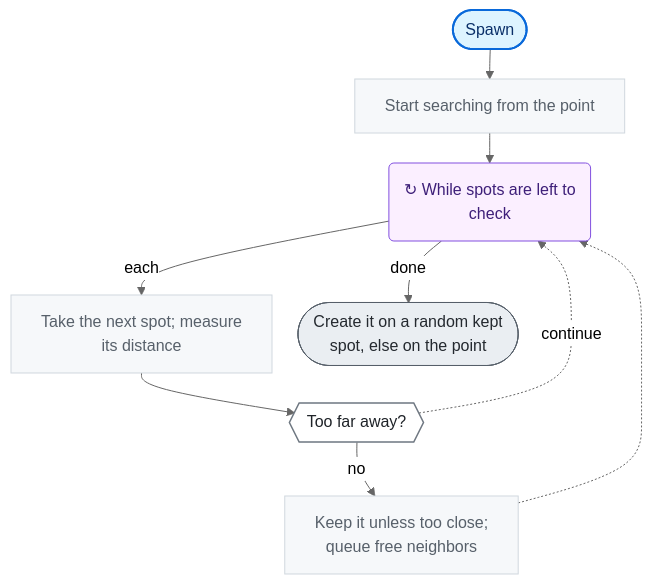
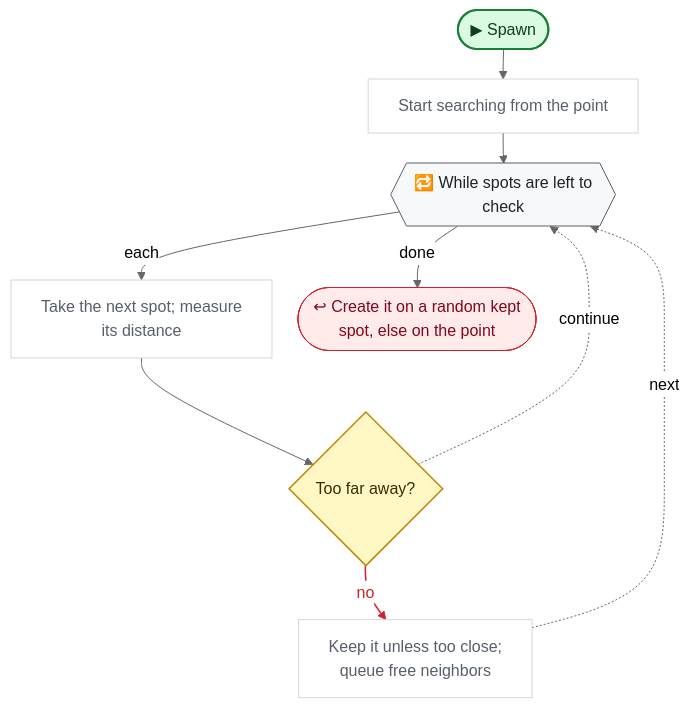
Before and after one commit to nataiai/Lord-of-the-Dungeon: the second of 2 diagrams in CodeGraph~/graph/Spawner.cs.md, drawn with Mermaid (neutral theme). The commit also changed other lines of this file and 44 other files, not shown here.

````diff
--- a/CodeGraph~/graph/Spawner.cs.md
+++ b/CodeGraph~/graph/Spawner.cs.md
@@ -48,40 +48,45 @@
 ```mermaid
 ---
 config:
   flowchart:
     wrappingWidth: 260
     nodeSpacing: 26
     rankSpacing: 30
 ---
 flowchart TD
-  nS(["Spawn"])
+  nS(["▶ Spawn"])
   ne5ad4d["Start searching from the point"]
-  n24c09b("  ↻ While spots are left to<br>check  ")
+  n24c09b{{"🔁 While spots are left to<br>check"}}
   n166dd3["Take the next spot; measure<br>its distance"]
-  n69528d{{"Too far away?"}}
+  n69528d{"Too far away?"}
   n95aac3["Keep it unless too close;<br>queue free neighbors"]
-  nfa94f7(["Create it on a random kept<br>spot, else on the point"])
+  nfa94f7(["↩ Create it on a random kept<br>spot, else on the point"])
   nS --> ne5ad4d
   ne5ad4d --> n24c09b
   n24c09b -->|each| n166dd3
   n166dd3 --> n69528d
   n69528d -.->|continue| n24c09b
   n69528d -->|no| n95aac3
-  n95aac3 -.-> n24c09b
+  n95aac3 -.->|next| n24c09b
   n24c09b -->|done| nfa94f7
-  classDef unity fill:#fff1c2,stroke:#9a6700,stroke-width:2px,color:#3b2300
-  classDef start fill:#ddf4ff,stroke:#0969da,stroke-width:2px,color:#0a3069
-  classDef calc fill:#f6f8fa,stroke:#d0d7de,color:#57606a
-  classDef calls fill:#ffffff,stroke:#0969da,stroke-width:2.5px,color:#0a3069
-  classDef cond fill:#ffffff,stroke:#6e7781,stroke-width:1.5px,color:#1f2328
-  classDef loop fill:#fbefff,stroke:#8250df,color:#3e1f79
-  classDef exit fill:#eaeef2,stroke:#57606a,color:#24292f
-  classDef wait fill:#fff8f0,stroke:#bc4c00,color:#4d1d00
+  linkStyle 5 stroke:#cf222e,stroke-width:1.5px,color:#cf222e
+  classDef unity fill:#dafbe1,stroke:#1a7f37,stroke-width:2px,color:#0f3d1d
+  classDef start fill:#dafbe1,stroke:#1a7f37,stroke-width:2px,color:#0f3d1d
+  classDef calc fill:#ffffff,stroke:#d0d7de,color:#57606a
+  classDef calls fill:#ddf4ff,stroke:#0969da,stroke-width:2px,color:#0a3069
+  classDef ext fill:#ddf4ff,stroke:#0969da,stroke-width:2px,stroke-dasharray:5 3,color:#0a3069
+  classDef cond fill:#fff8c5,stroke:#bf8700,stroke-width:1.5px,color:#3d2a00
+  classDef loop fill:#f6f8fa,stroke:#57606a,color:#1f2328
+  classDef exit fill:#ffebe9,stroke:#cf222e,color:#82071e
+  classDef kill fill:#ffebe9,stroke:#cf222e,stroke-width:2px,color:#82071e
+  classDef spawn fill:#dafbe1,stroke:#1a7f37,stroke-width:2px,color:#0f3d1d
+  classDef wait fill:#fff1e5,stroke:#bc4c00,color:#4d1d00
   classDef fin fill:#eaeef2,stroke:#8c959f,color:#57606a
   classDef join fill:#d0d7de,stroke:#8c959f,color:#57606a
+  classDef ghdr fill:#f5f9ff,stroke:#f5f9ff,color:#0a3069,font-weight:bold
   class ne5ad4d,n166dd3,n95aac3 calc
   class n69528d cond
   class nfa94f7 exit
   class n24c09b loop
   class nS start
 ```
````
